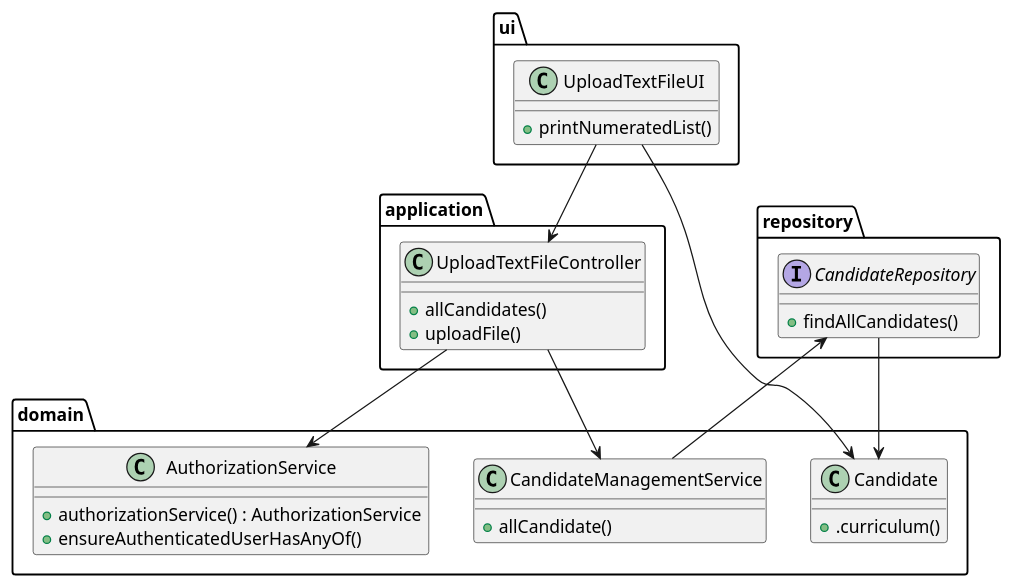
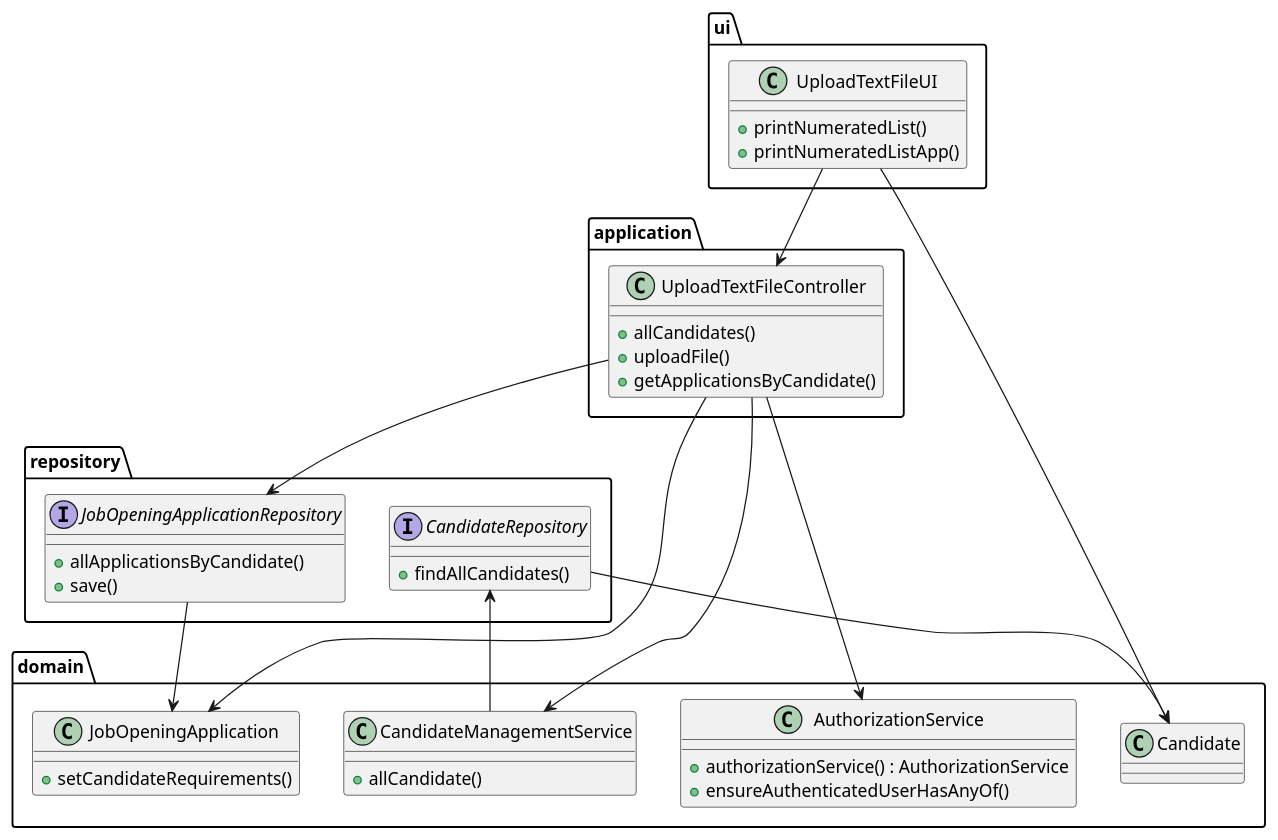
Before and after one commit to marcoferreira37/Lapr4: the diagram in docs/sprintC/2004/puml/2004-class-diagram.puml, drawn with PlantUML.

Commit message:
#48 cd last change

```diff
--- a/docs/sprintC/2004/puml/2004-class-diagram.puml
+++ b/docs/sprintC/2004/puml/2004-class-diagram.puml
@@ -1,52 +1,64 @@
 @startuml
 
 
 
 
 package ui {
         class UploadTextFileUI {
             +printNumeratedList()
+            +printNumeratedListApp()
         }
     }
 
 
 
 
     package application {
         class UploadTextFileController {
             +allCandidates()
             +uploadFile()
+            +getApplicationsByCandidate()
         }
     }
 
     package repository {
 
         interface CandidateRepository{
             +findAllCandidates()
+        }
+
+        interface JobOpeningApplicationRepository{
+            +allApplicationsByCandidate()
+            +save()
         }
     }
 
     package domain {
 
         class AuthorizationService {
             +authorizationService() : AuthorizationService
             +ensureAuthenticatedUserHasAnyOf()
         }
+        class JobOpeningApplication{
+            +setCandidateRequirements()
+        }
 
         class CandidateManagementService{
             +allCandidate()
         }
 
         class Candidate {
-            +.curriculum()
         }
     }
 
 UploadTextFileUI--> UploadTextFileController
 UploadTextFileUI --> Candidate
 UploadTextFileController --> AuthorizationService
 UploadTextFileController --> CandidateManagementService
+UploadTextFileController --> JobOpeningApplicationRepository
+UploadTextFileController --> JobOpeningApplication
 CandidateManagementService --> CandidateRepository
 CandidateRepository --> Candidate
+JobOpeningApplicationRepository --> JobOpeningApplication
 
 @enduml
```
